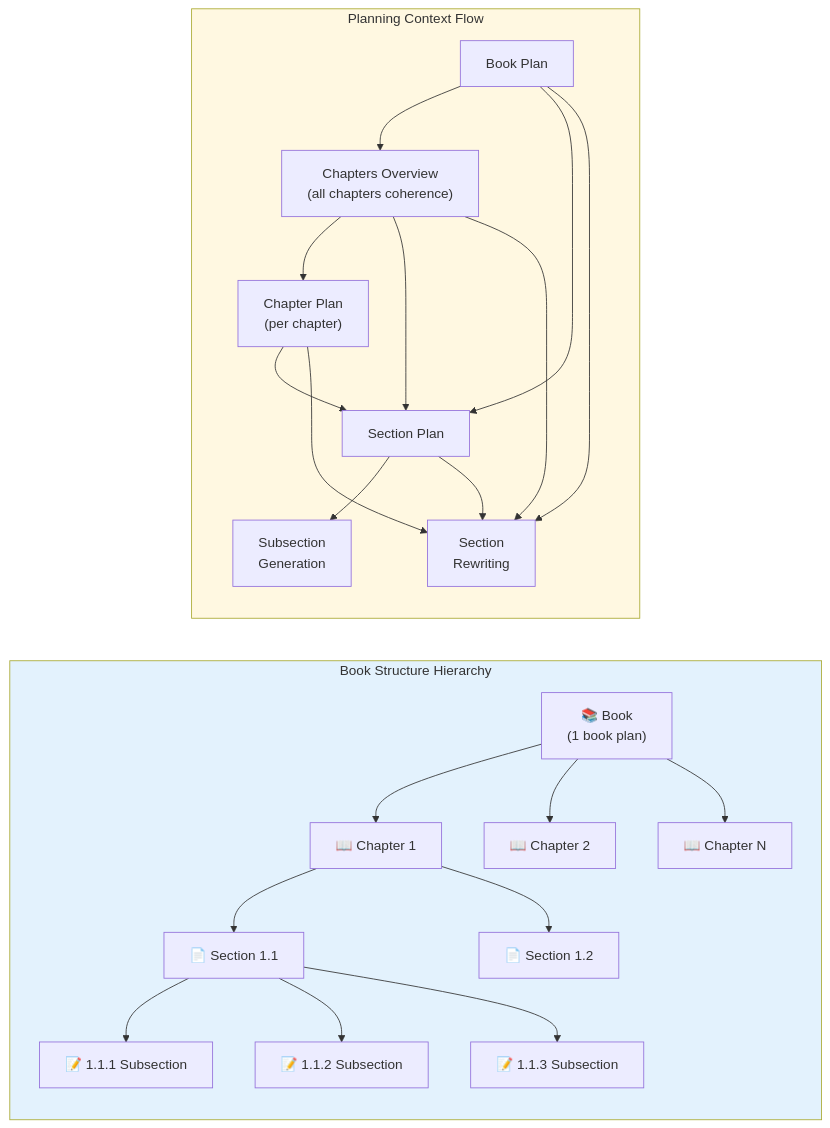
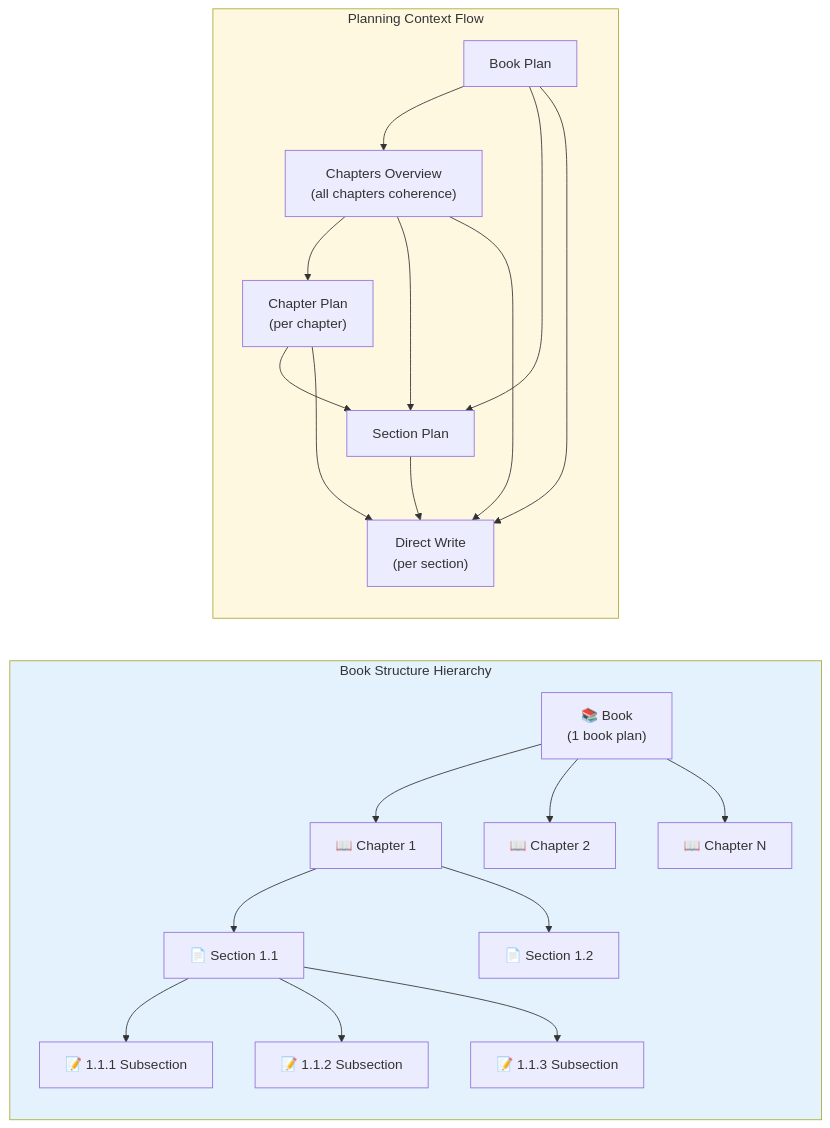
The second of 2 diagrams in WORKFLOW.md (AynurAda/book_generator), drawn with Mermaid before and after one commit. The commit also changed other lines of this file and 2 other files, not shown here.

First line of the commit message:
Remove non-direct mode, keep only direct write pipeline

````diff
--- a/WORKFLOW.md
+++ b/WORKFLOW.md
@@ -93,34 +83,33 @@
 ```mermaid
 flowchart LR
     subgraph Hierarchy["Book Structure Hierarchy"]
         direction TB
         Book["📚 Book<br/>(1 book plan)"]
         Book --> Ch1["📖 Chapter 1"]
         Book --> Ch2["📖 Chapter 2"]
         Book --> ChN["📖 Chapter N"]
 
         Ch1 --> S11["📄 Section 1.1"]
         Ch1 --> S12["📄 Section 1.2"]
 
         S11 --> SS111["📝 1.1.1 Subsection"]
         S11 --> SS112["📝 1.1.2 Subsection"]
         S11 --> SS113["📝 1.1.3 Subsection"]
     end
 
     subgraph Planning["Planning Context Flow"]
         direction TB
         BP["Book Plan"] --> CO["Chapters Overview<br/>(all chapters coherence)"]
         CO --> CP["Chapter Plan<br/>(per chapter)"]
         BP --> SP["Section Plan"]
         CO --> SP
         CP --> SP
-        SP --> SUB["Subsection<br/>Generation"]
-        BP --> REW["Section<br/>Rewriting"]
-        CO --> REW
-        CP --> REW
-        SP --> REW
+        BP --> DW["Direct Write<br/>(per section)"]
+        CO --> DW
+        CP --> DW
+        SP --> DW
     end
 
     style Hierarchy fill:#e3f2fd
     style Planning fill:#fff8e1
 ```
````
